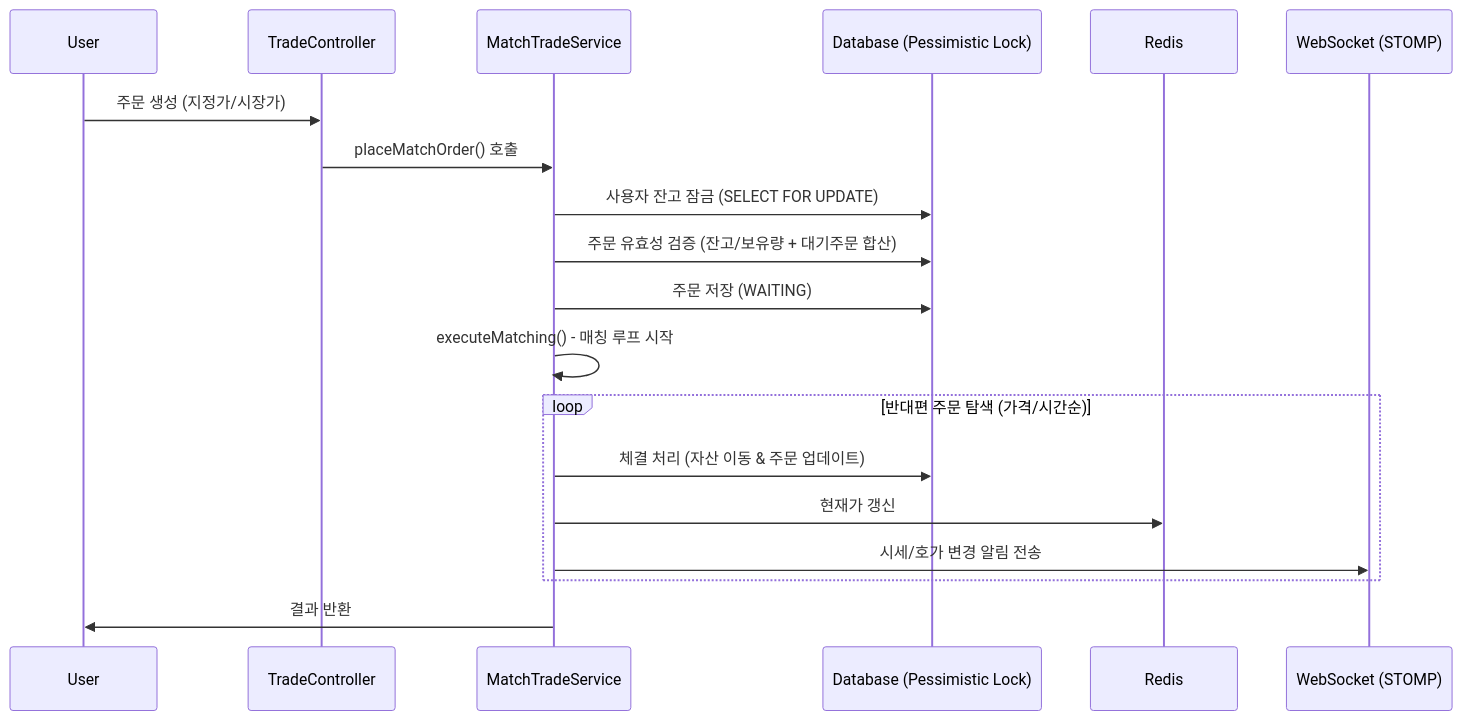
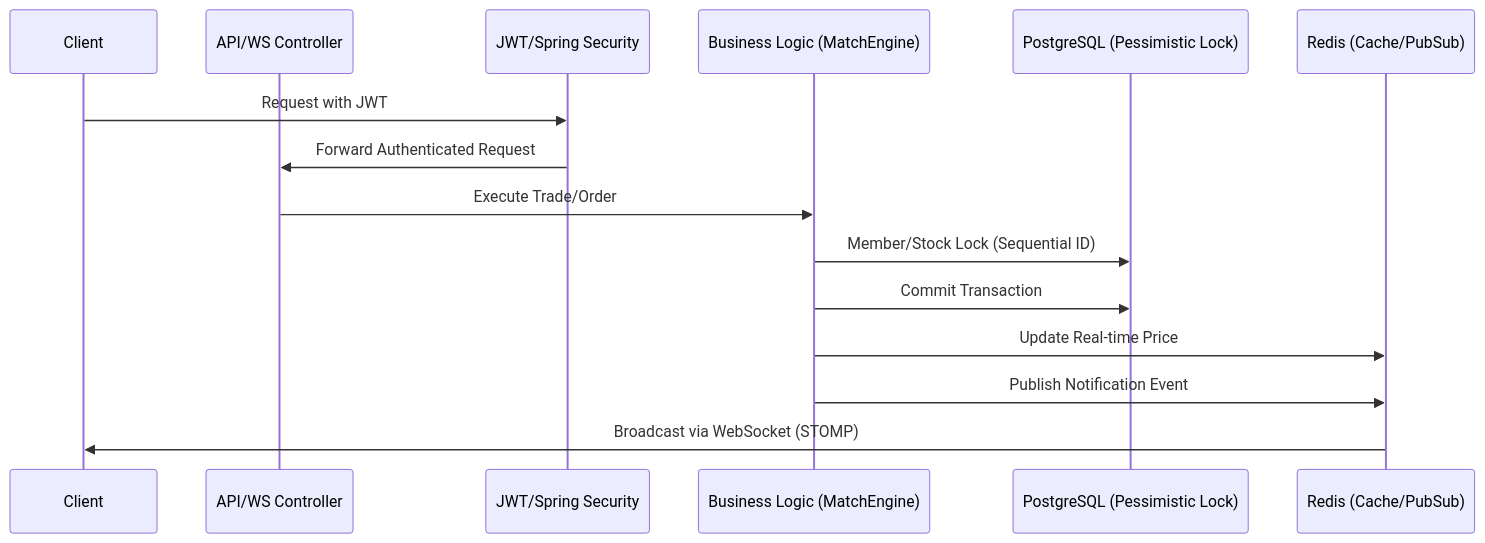
One commit to theburiburi/StockSimulator changed the diagram in README.md. Above: the diagram before and after it, drawn with Mermaid. The commit also changed other lines of this file, not shown here.

````diff
--- a/README.md
+++ b/README.md
@@ -27,22 +19,18 @@
 ```mermaid
 sequenceDiagram
-    participant User
-    participant Controller as TradeController
-    participant Service as MatchTradeService
-    participant DB as Database (Pessimistic Lock)
-    participant Redis
-    participant WS as WebSocket (STOMP)
+    participant Client
+    participant Controller as API/WS Controller
+    participant Security as JWT/Spring Security
+    participant Service as Business Logic (MatchEngine)
+    participant DB as PostgreSQL (Pessimistic Lock)
+    participant Redis as Redis (Cache/PubSub)
 
-    User->>Controller: 주문 생성 (지정가/시장가)
-    Controller->>Service: placeMatchOrder() 호출
-    Service->>DB: 사용자 잔고 잠금 (SELECT FOR UPDATE)
-    Service->>DB: 주문 유효성 검증 (잔고/보유량 + 대기주문 합산)
-    Service->>DB: 주문 저장 (WAITING)
-    Service->>Service: executeMatching() - 매칭 루프 시작
-    loop 반대편 주문 탐색 (가격/시간순)
-        Service->>DB: 체결 처리 (자산 이동 & 주문 업데이트)
-        Service->>Redis: 현재가 갱신
-        Service->>WS: 시세/호가 변경 알림 전송
-    end
-    Service->>User: 결과 반환
+    Client->>Security: Request with JWT
+    Security->>Controller: Forward Authenticated Request
+    Controller->>Service: Execute Trade/Order
+    Service->>DB: Member/Stock Lock (Sequential ID)
+    Service->>DB: Commit Transaction
+    Service->>Redis: Update Real-time Price
+    Service->>Redis: Publish Notification Event
+    Redis->>Client: Broadcast via WebSocket (STOMP)
 ```
````
